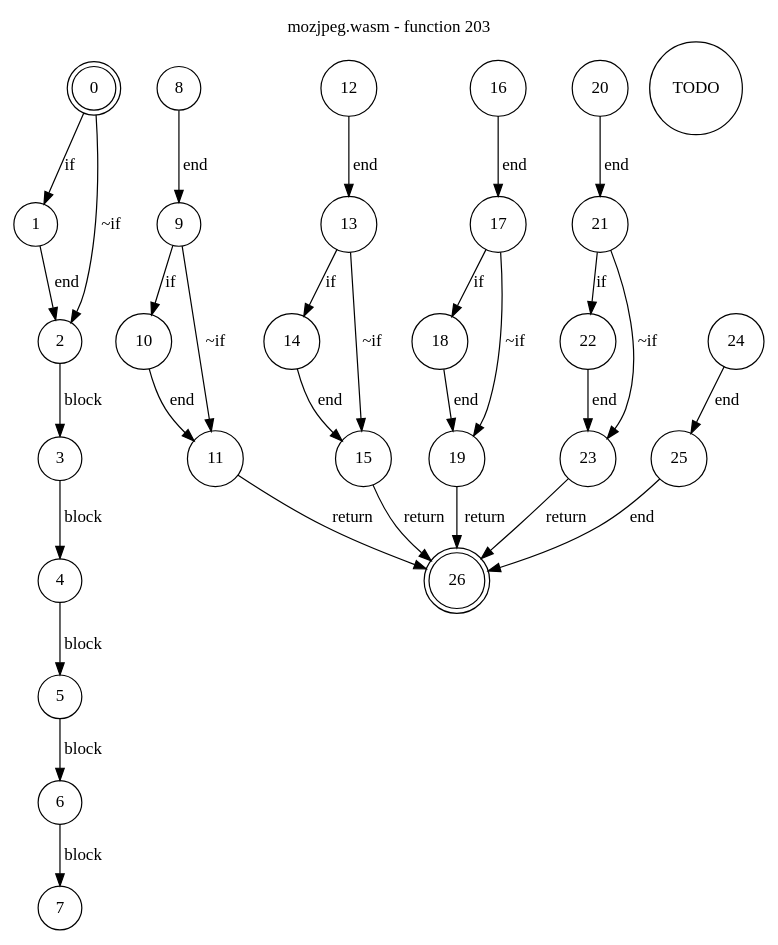
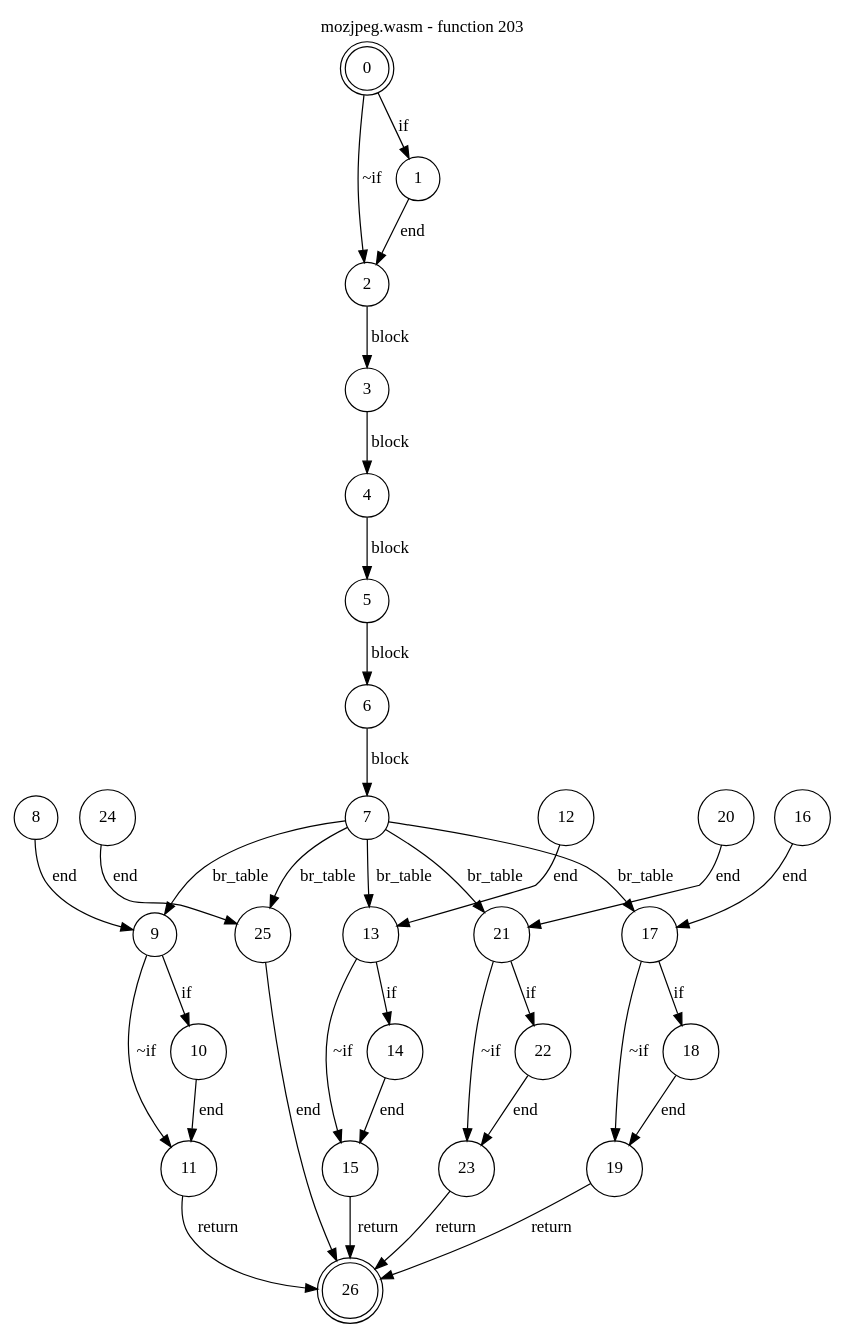
One commit to jsCarleton/wanalyze changed the diagram in test_cases/mozjpeg/funcs/mozjpeg-func203.dot. Above: the diagram before and after it, drawn with Graphviz. The commit also changed 723 other files, not shown here.

Commit message:
br_table now implemented for flow graph

```diff
--- a/test_cases/mozjpeg/funcs/mozjpeg-func203.dot
+++ b/test_cases/mozjpeg/funcs/mozjpeg-func203.dot
@@ -1,40 +1,44 @@
 digraph finite_state_machine {
     label = "mozjpeg.wasm - function 203"
     labelloc =  t
     labelfontsize = 16
     labelfontcolor = black
     labelfontname = "Helvetica"
     node [shape = doublecircle]; 0 26;
     node [shape = circle];
     0 -> 1[label = "if"];
     0 -> 2[label = "~if"];
     1 -> 2[label = "end"];
     2 -> 3[label = "block"];
     3 -> 4[label = "block"];
     4 -> 5[label = "block"];
     5 -> 6[label = "block"];
     6 -> 7[label = "block"];
-TODO
+    7 -> 21[label = "br_table"];
+    7 -> 13[label = "br_table"];
+    7 -> 17[label = "br_table"];
+    7 -> 25[label = "br_table"];
+    7 -> 9[label = "br_table"];
     8 -> 9[label = "end"];
     9 -> 10[label = "if"];
     9 -> 11[label = "~if"];
     10 -> 11[label = "end"];
     11 -> 26[label = "return"];
     12 -> 13[label = "end"];
     13 -> 14[label = "if"];
     13 -> 15[label = "~if"];
     14 -> 15[label = "end"];
     15 -> 26[label = "return"];
     16 -> 17[label = "end"];
     17 -> 18[label = "if"];
     17 -> 19[label = "~if"];
     18 -> 19[label = "end"];
     19 -> 26[label = "return"];
     20 -> 21[label = "end"];
     21 -> 22[label = "if"];
     21 -> 23[label = "~if"];
     22 -> 23[label = "end"];
     23 -> 26[label = "return"];
     24 -> 25[label = "end"];
     25 -> 26[label = "end"];
 }
```
